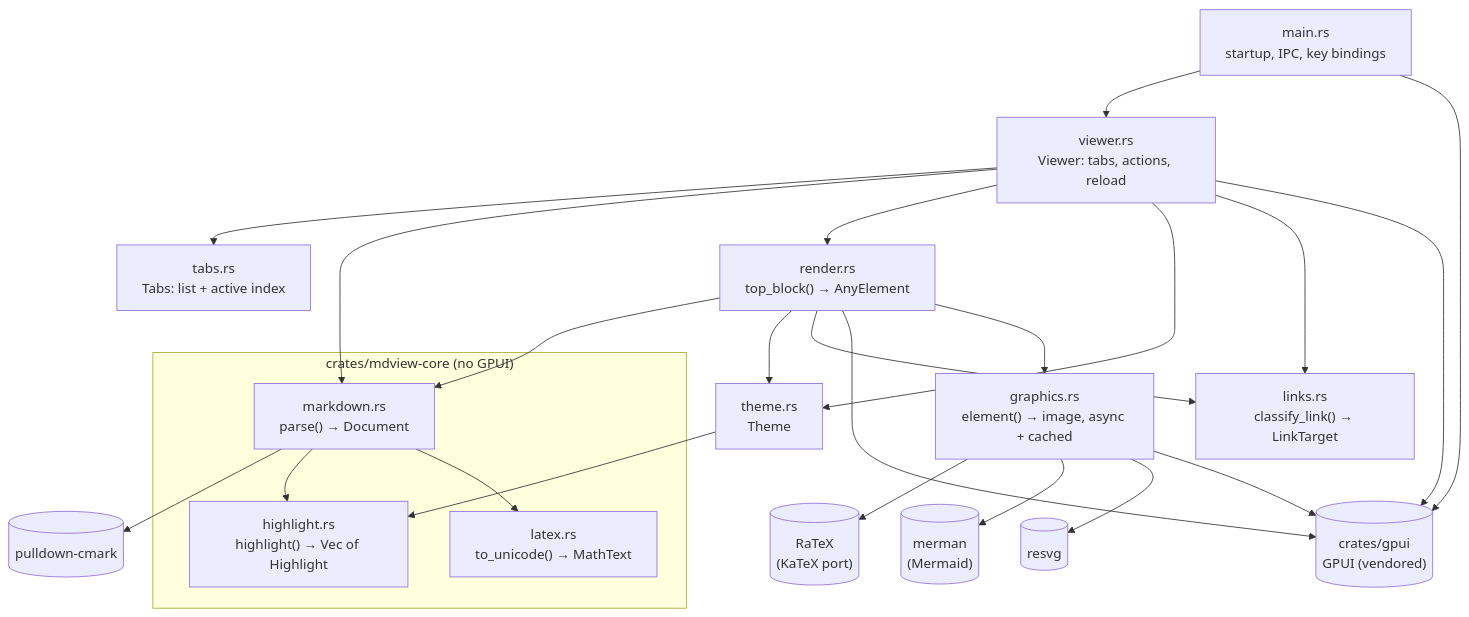
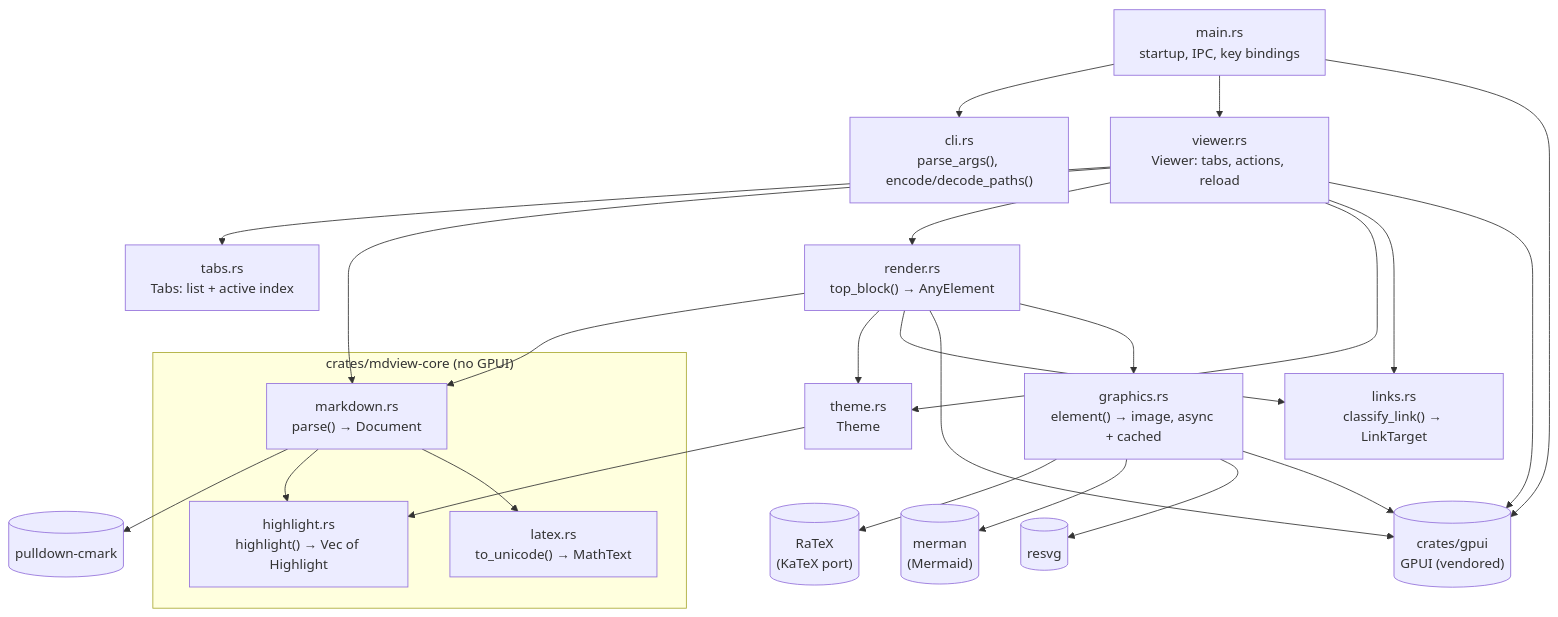
The first of 5 diagrams in docs/architecture.md (JorgeAgar/markdown-viewer-zed), drawn with Mermaid before and after one commit. The commit also changed other lines of this file and 2 other files, not shown here.

First line of the commit message:
Extract CLI parsing and the socket message into a tested cli module

````diff
--- a/docs/architecture.md
+++ b/docs/architecture.md
@@ -28,42 +29,44 @@
 ```mermaid
 flowchart TD
     main["main.rs<br/>startup, IPC, key bindings"]
+    cli["cli.rs<br/>parse_args(), encode/decode_paths()"]
     viewer["viewer.rs<br/>Viewer: tabs, actions, reload"]
     tabs["tabs.rs<br/>Tabs: list + active index"]
     subgraph core["crates/mdview-core (no GPUI)"]
         markdown["markdown.rs<br/>parse() → Document"]
         highlight["highlight.rs<br/>highlight() → Vec of Highlight"]
         latex["latex.rs<br/>to_unicode() → MathText"]
     end
     graphics["graphics.rs<br/>element() → image, async + cached"]
     ratex[("RaTeX<br/>(KaTeX port)")]
     merman[("merman<br/>(Mermaid)")]
     resvg[("resvg")]
     render["render.rs<br/>top_block() → AnyElement"]
     links["links.rs<br/>classify_link() → LinkTarget"]
     theme["theme.rs<br/>Theme"]
     gpui[("crates/gpui<br/>GPUI (vendored)")]
     cmark[("pulldown-cmark")]
 
+    main --> cli
     main --> viewer
     viewer --> tabs
     main --> gpui
     viewer --> markdown
     viewer --> render
     viewer --> theme
     render --> markdown
     render --> theme
     render --> links
     viewer --> links
     render --> gpui
     viewer --> gpui
     markdown --> cmark
     markdown --> highlight
     markdown --> latex
     theme --> highlight
     render --> graphics
     graphics --> ratex
     graphics --> merman
     graphics --> resvg
     graphics --> gpui
 ```
````
